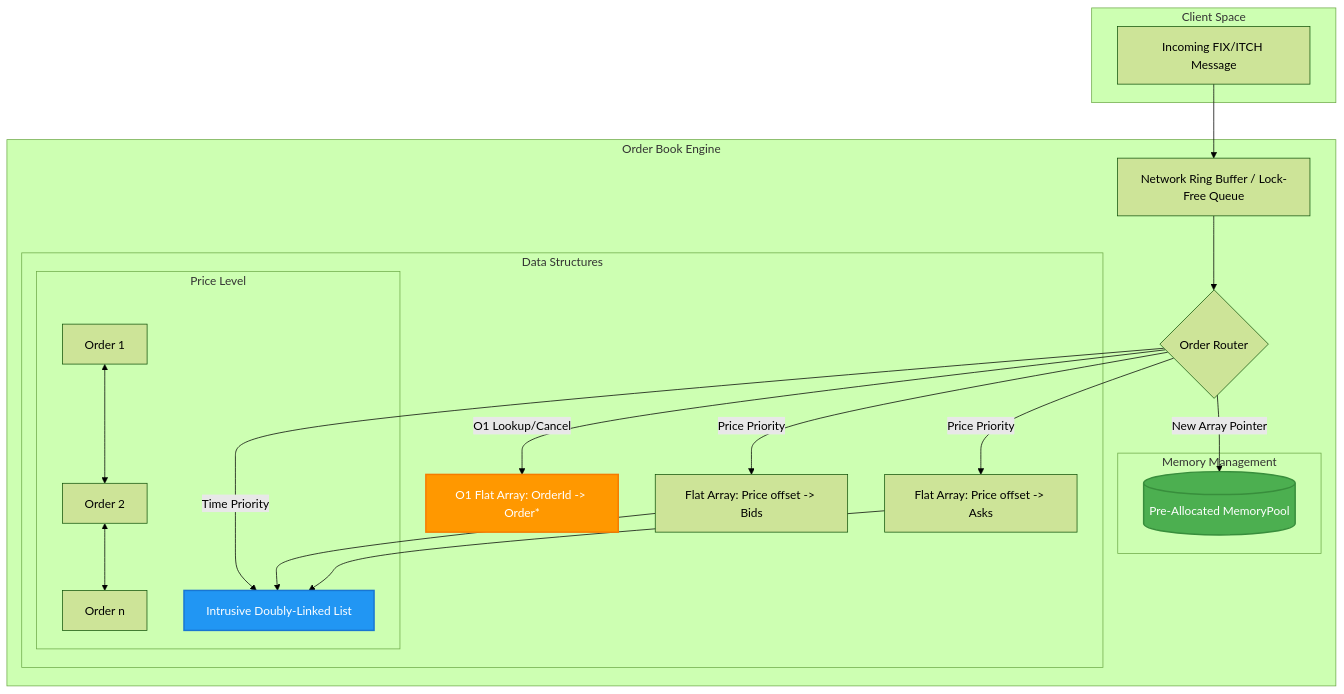
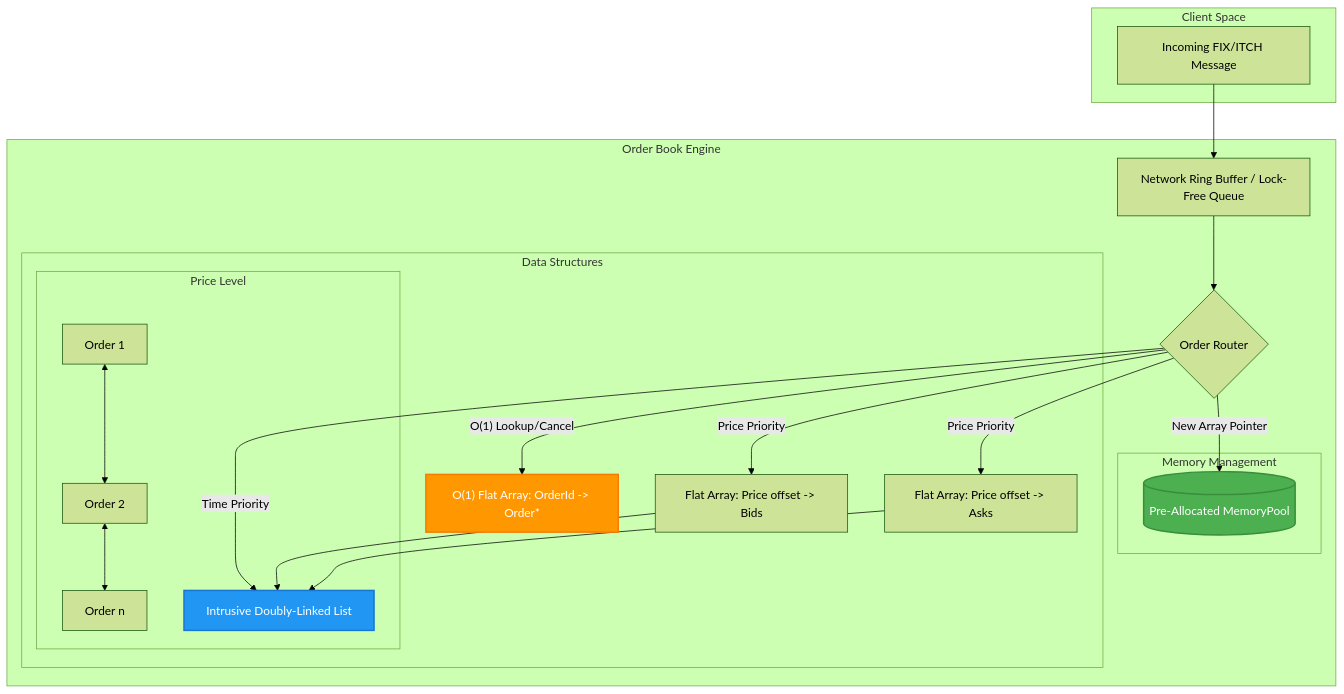
The diagram in README.md (Komal-ai417/hft-matching-engine), drawn with Mermaid (forest theme) before and after one commit. The commit also changed other lines of this file and 1 other file, not shown here.

Commit message:
docs: fix Mermaid diagram syntax errors and markdown link backticks in documentation

````diff
--- a/README.md
+++ b/README.md
@@ -13,41 +13,45 @@
 ```mermaid
 graph TD
     subgraph Client Space
-        A[Incoming FIX/ITCH Message]
+        A["Incoming FIX/ITCH Message"]
     end
 
     subgraph Order Book Engine
-        B[Network Ring Buffer / Lock-Free Queue]
-        C{Order Router}
+        B["Network Ring Buffer / Lock-Free Queue"]
+        C{"Order Router"}
         
         subgraph Memory Management
-            P[(Pre-Allocated MemoryPool)]
+            P[("Pre-Allocated MemoryPool")]
         end
         
         subgraph Data Structures
-            M[O1 Flat Array: OrderId -> Order*]
-            Tree[Flat Array: Price offset -> Bids]
-            Tree2[Flat Array: Price offset -> Asks]
+            M["O(1) Flat Array: OrderId -> Order*"]
+            Tree["Flat Array: Price offset -> Bids"]
+            Tree2["Flat Array: Price offset -> Asks"]
             
             subgraph Price Level
-                L[Intrusive Doubly-Linked List]
-                O1[Order 1] <--> O2[Order 2] <--> O3[Order n]
+                L["Intrusive Doubly-Linked List"]
+                O1["Order 1"]
+                O2["Order 2"]
+                O3["Order n"]
+                O1 <--> O2
+                O2 <--> O3
             end
         end
 
-        C --> |New Array Pointer| P
-        C --> |O1 Lookup/Cancel| M
-        C --> |Time Priority| L
-        C --> |Price Priority| Tree
-        C --> |Price Priority| Tree2
+        C --> |"New Array Pointer"| P
+        C --> |"O(1) Lookup/Cancel"| M
+        C --> |"Time Priority"| L
+        C --> |"Price Priority"| Tree
+        C --> |"Price Priority"| Tree2
         Tree --> L
         Tree2 --> L
     end
 
     A --> B
     B --> C
     
     style P fill:#4CAF50,stroke:#388E3C,stroke-width:2px,color:#fff
     style L fill:#2196F3,stroke:#1976D2,stroke-width:2px,color:#fff
     style M fill:#FF9800,stroke:#F57C00,stroke-width:2px,color:#fff
 ```
````
